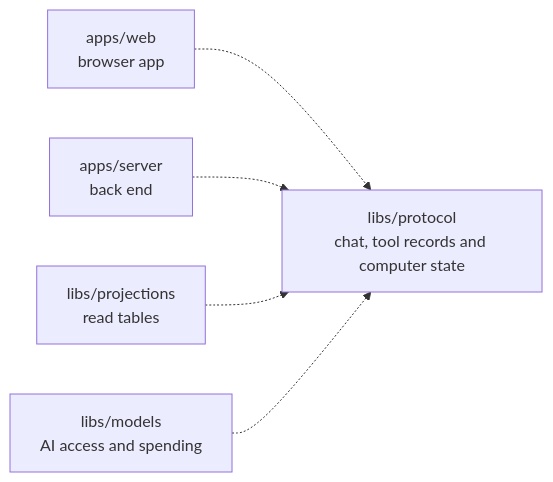
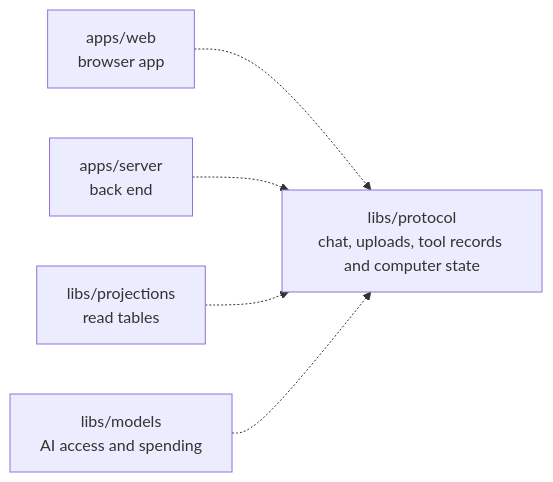
One commit to elewa-git/opencrane-new changed the diagram in libs/protocol/README.md. Above: the diagram before and after it, drawn with Mermaid. The commit also changed other lines of this file and 29 other files, not shown here.

````diff
--- a/libs/protocol/README.md
+++ b/libs/protocol/README.md
@@ -11,7 +11,7 @@
 ```mermaid
 flowchart LR
-  web["apps/web<br/>browser app"] -.-> protocol["libs/protocol<br/>chat, tool records and computer state"]
+  web["apps/web<br/>browser app"] -.-> protocol["libs/protocol<br/>chat, uploads, tool records and computer state"]
   server["apps/server<br/>back end"] -.-> protocol
   projections["libs/projections<br/>read tables"] -.-> protocol
   models["libs/models<br/>AI access and spending"] -.-> protocol
 ```
````
